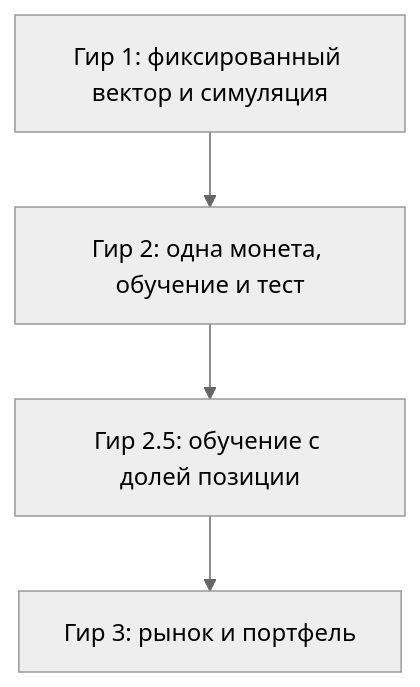
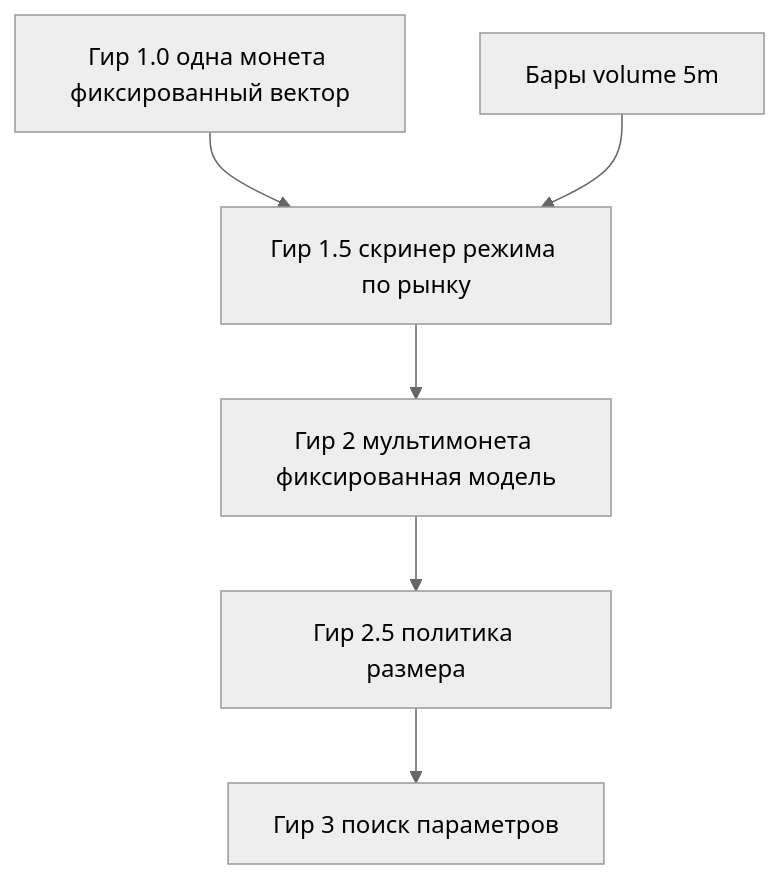
Before and after one commit to anabol21/arb_bots: the diagram in docs/strategy-gears.md, drawn with Mermaid (neutral theme). The commit also changed other lines of this file and 5 other files, not shown here.

````diff
--- a/docs/strategy-gears.md
+++ b/docs/strategy-gears.md
@@ -46,8 +51,10 @@
 ```mermaid
 flowchart TB
-  g1["Гир 1: фиксированный вектор и симуляция"]
-  g2["Гир 2: одна монета, обучение и тест"]
-  g25["Гир 2.5: обучение с долей позиции"]
-  g3["Гир 3: рынок и портфель"]
-  g1 --> g2 --> g25 --> g3
+  g1["Гир 1.0 одна монета фиксированный вектор"]
+  g15["Гир 1.5 скринер режима по рынку"]
+  g2["Гир 2 мультимонета фиксированная модель"]
+  g25["Гир 2.5 политика размера"]
+  g3["Гир 3 поиск параметров"]
+  g1 --> g15 --> g2 --> g25 --> g3
+  bars["Бары volume 5m"] --> g15
 ```
````
